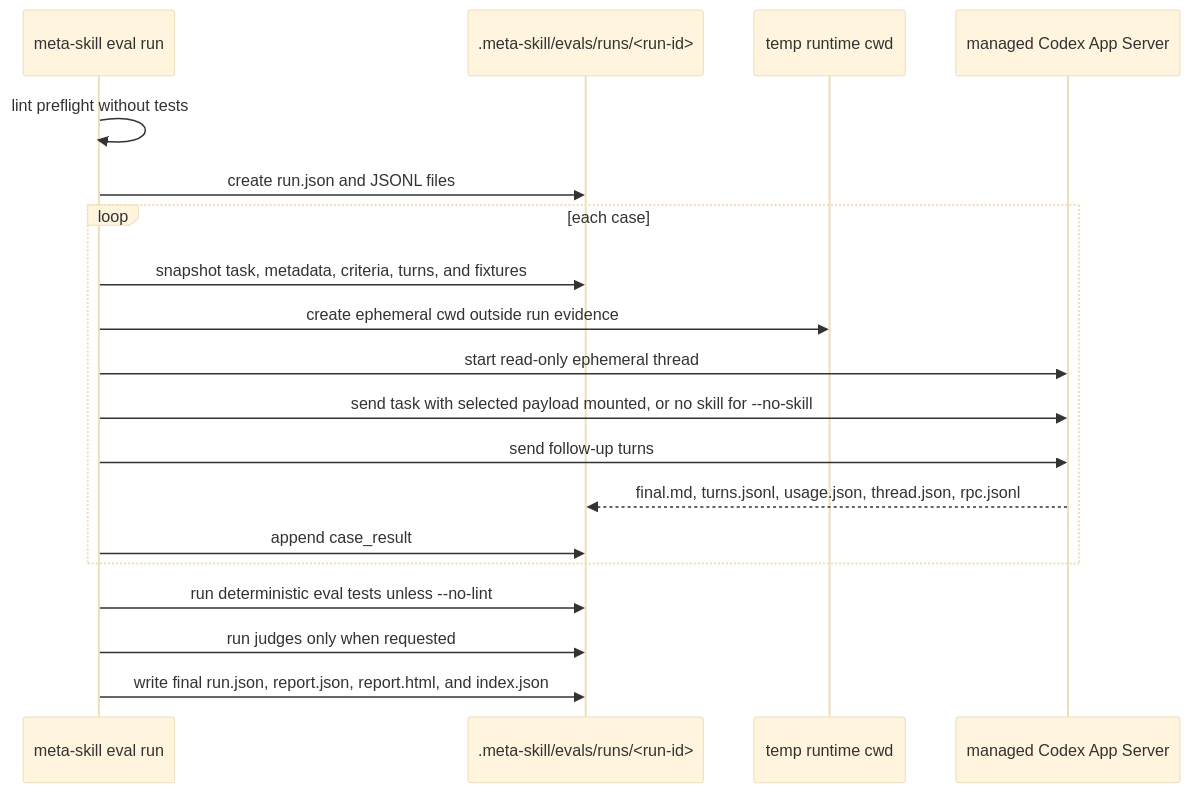
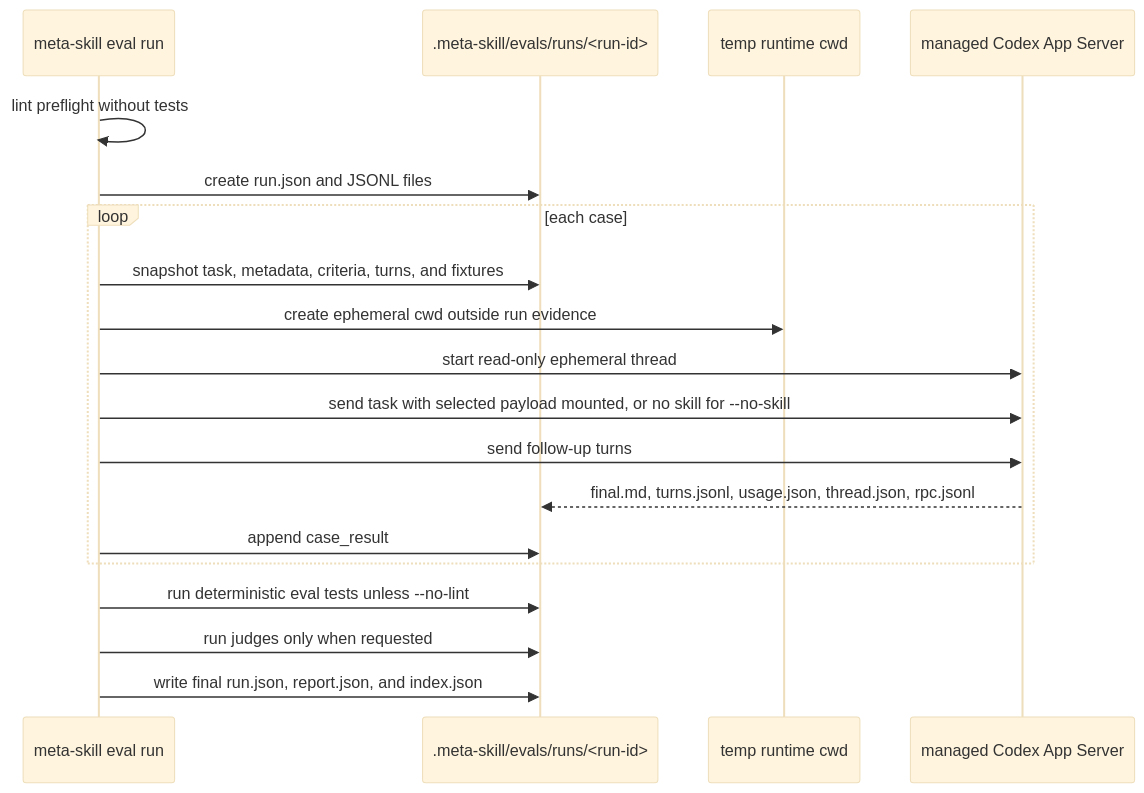
Before and after one commit to rishirsv/dots: the fifth of 6 diagrams in plugins/meta-skill/architecture.md, drawn with Mermaid (base theme). The commit also changed other lines of this file and 14 other files, not shown here.

Commit message:
remove meta skill html report viewer

````diff
--- a/plugins/meta-skill/architecture.md
+++ b/plugins/meta-skill/architecture.md
@@ -136,22 +136,22 @@
 ```mermaid
 sequenceDiagram
   participant CLI as meta-skill eval run
   participant Run as .meta-skill/evals/runs/<run-id>
   participant Tmp as temp runtime cwd
   participant App as managed Codex App Server
 
   CLI->>CLI: lint preflight without tests
   CLI->>Run: create run.json and JSONL files
   loop each case
     CLI->>Run: snapshot task, metadata, criteria, turns, and fixtures
     CLI->>Tmp: create ephemeral cwd outside run evidence
     CLI->>App: start read-only ephemeral thread
     CLI->>App: send task with selected payload mounted, or no skill for --no-skill
     CLI->>App: send follow-up turns
     App-->>Run: final.md, turns.jsonl, usage.json, thread.json, rpc.jsonl
     CLI->>Run: append case_result
   end
   CLI->>Run: run deterministic eval tests unless --no-lint
   CLI->>Run: run judges only when requested
-  CLI->>Run: write final run.json, report.json, report.html, and index.json
+  CLI->>Run: write final run.json, report.json, and index.json
 ```
````
